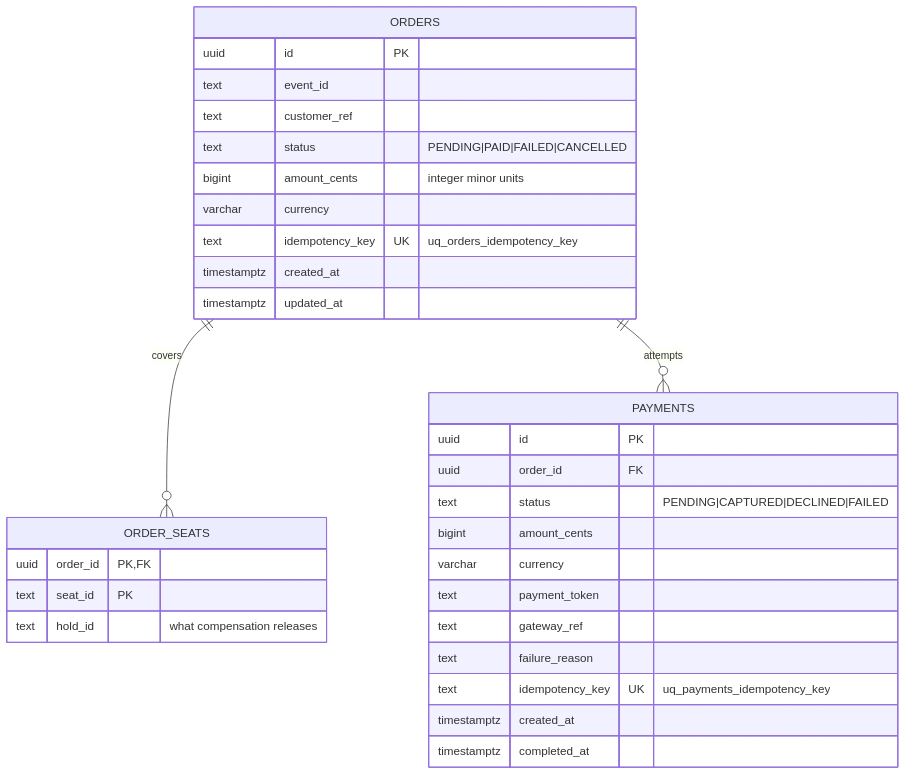
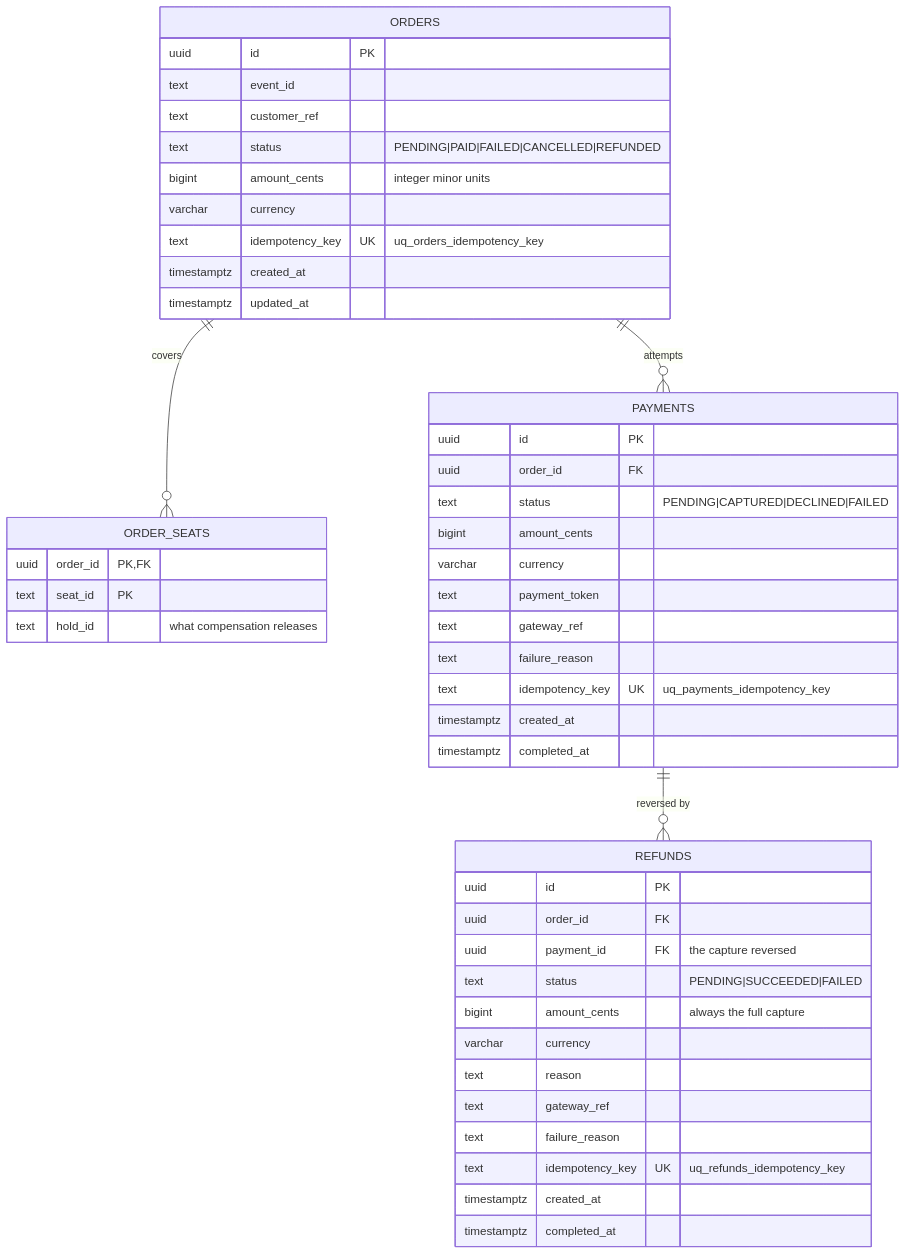
The second of 5 diagrams in checkout-payment-service/ARCHITECTURE.md (daliborjelicanin/ticket-waiting-room-aws), drawn with Mermaid before and after one commit. The commit also changed other lines of this file and 41 other files, not shown here.

````diff
--- a/checkout-payment-service/ARCHITECTURE.md
+++ b/checkout-payment-service/ARCHITECTURE.md
@@ -42,37 +45,53 @@
 ```mermaid
 erDiagram
     ORDERS ||--o{ ORDER_SEATS : "covers"
     ORDERS ||--o{ PAYMENTS : "attempts"
+    PAYMENTS ||--o{ REFUNDS : "reversed by"
 
     ORDERS {
         uuid id PK
         text event_id
         text customer_ref
-        text status "PENDING|PAID|FAILED|CANCELLED"
+        text status "PENDING|PAID|FAILED|CANCELLED|REFUNDED"
         bigint amount_cents "integer minor units"
         varchar currency
         text idempotency_key UK "uq_orders_idempotency_key"
         timestamptz created_at
         timestamptz updated_at
     }
 
     ORDER_SEATS {
         uuid order_id PK,FK
         text seat_id PK
         text hold_id "what compensation releases"
     }
 
     PAYMENTS {
         uuid id PK
         uuid order_id FK
         text status "PENDING|CAPTURED|DECLINED|FAILED"
         bigint amount_cents
         varchar currency
         text payment_token
         text gateway_ref
         text failure_reason
         text idempotency_key UK "uq_payments_idempotency_key"
         timestamptz created_at
         timestamptz completed_at
     }
+
+    REFUNDS {
+        uuid id PK
+        uuid order_id FK
+        uuid payment_id FK "the capture reversed"
+        text status "PENDING|SUCCEEDED|FAILED"
+        bigint amount_cents "always the full capture"
+        varchar currency
+        text reason
+        text gateway_ref
+        text failure_reason
+        text idempotency_key UK "uq_refunds_idempotency_key"
+        timestamptz created_at
+        timestamptz completed_at
+    }
 ```
````
